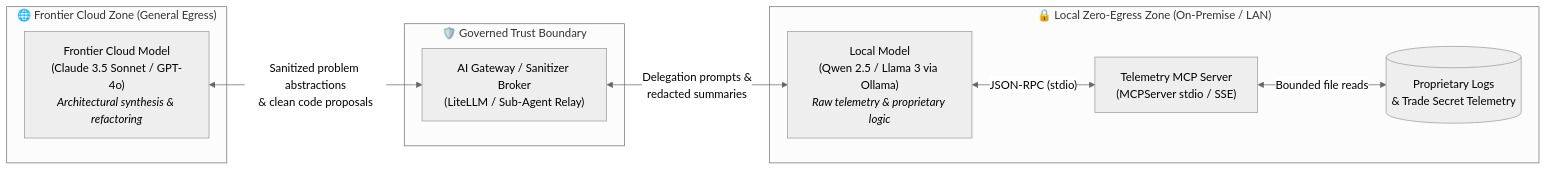
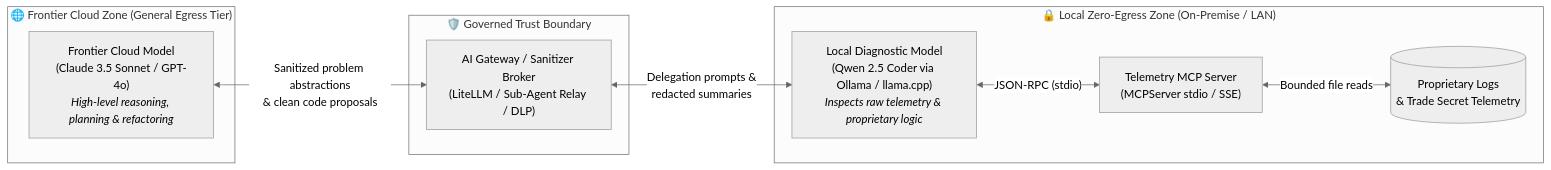
The second of 3 diagrams in README.md (RESTfulInSeattle/Hybrid_Trust_Telemetry_MCP_Server), drawn with Mermaid (neutral theme) before and after one commit. The commit also changed other lines of this file, not shown here.

First line of the commit message:
Docs: Update main README with current project state and roadmap

````diff
--- a/README.md
+++ b/README.md
@@ -104,21 +114,21 @@
 ```mermaid
 flowchart LR
-    subgraph Cloud["🌐 Frontier Cloud Zone (General Egress)"]
-        Frontier["Frontier Cloud Model<br/>(Claude 3.5 Sonnet / GPT-4o)<br/><i>Architectural synthesis & refactoring</i>"]
+    subgraph Cloud["🌐 Frontier Cloud Zone (General Egress Tier)"]
+        Frontier["Frontier Cloud Model<br/>(Claude 3.5 Sonnet / GPT-4o)<br/><i>High-level reasoning, planning & refactoring</i>"]
     end
 
     subgraph Boundary["🛡️ Governed Trust Boundary"]
-        Router["AI Gateway / Sanitizer Broker<br/>(LiteLLM / Sub-Agent Relay)"]
+        Router["AI Gateway / Sanitizer Broker<br/>(LiteLLM / Sub-Agent Relay / DLP)"]
     end
 
     subgraph Local["🔒 Local Zero-Egress Zone (On-Premise / LAN)"]
-        LocalModel["Local Model<br/>(Qwen 2.5 / Llama 3 via Ollama)<br/><i>Raw telemetry & proprietary logic</i>"]
+        LocalModel["Local Diagnostic Model<br/>(Qwen 2.5 Coder via Ollama / llama.cpp)<br/><i>Inspects raw telemetry & proprietary logic</i>"]
         MCP["Telemetry MCP Server<br/>(MCPServer stdio / SSE)"]
         Logs[("Proprietary Logs<br/>& Trade Secret Telemetry")]
     end
 
     Frontier <-->|"Sanitized problem abstractions<br/>& clean code proposals"| Router
     Router <-->|"Delegation prompts &<br/>redacted summaries"| LocalModel
     LocalModel <-->|"JSON-RPC (stdio)"| MCP
     MCP <-->|"Bounded file reads"| Logs
 ```
````
